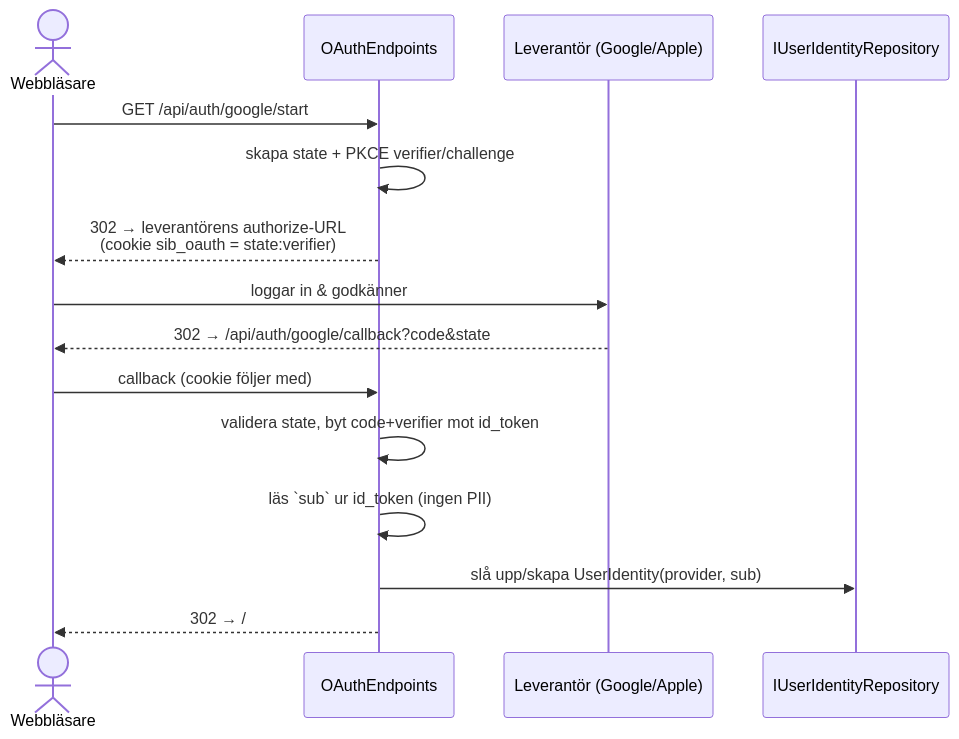
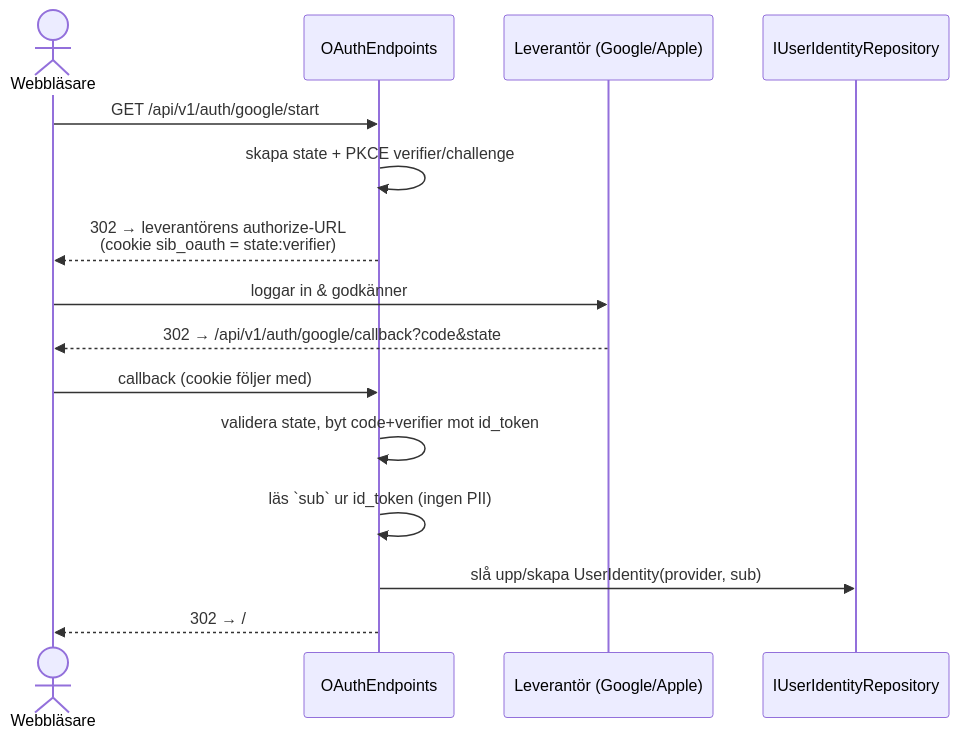
Before and after one commit to antfolkarn/Stuff_In_A_Box: the fourth of 5 diagrams in docs/ARCHITECTURE.md, drawn with Mermaid. The commit also changed other lines of this file and 23 other files, not shown here.

First line of the commit message:
Förbered backend för flera klienter: API-versionering, felkoder, mobil-auth

````diff
--- a/docs/ARCHITECTURE.md
+++ b/docs/ARCHITECTURE.md
@@ -138,18 +144,18 @@
 ```mermaid
 sequenceDiagram
     actor U as Webbläsare
     participant O as OAuthEndpoints
     participant P as Leverantör (Google/Apple)
     participant UR as IUserIdentityRepository
 
-    U->>O: GET /api/auth/google/start
+    U->>O: GET /api/v1/auth/google/start
     O->>O: skapa state + PKCE verifier/challenge
     O-->>U: 302 → leverantörens authorize-URL<br/>(cookie sib_oauth = state:verifier)
     U->>P: loggar in & godkänner
-    P-->>U: 302 → /api/auth/google/callback?code&state
+    P-->>U: 302 → /api/v1/auth/google/callback?code&state
     U->>O: callback (cookie följer med)
     O->>O: validera state, byt code+verifier mot id_token
     O->>O: läs `sub` ur id_token (ingen PII)
     O->>UR: slå upp/skapa UserIdentity(provider, sub)
     O-->>U: 302 → /#token=JWT  (+ refresh-cookie)
 ```
````
